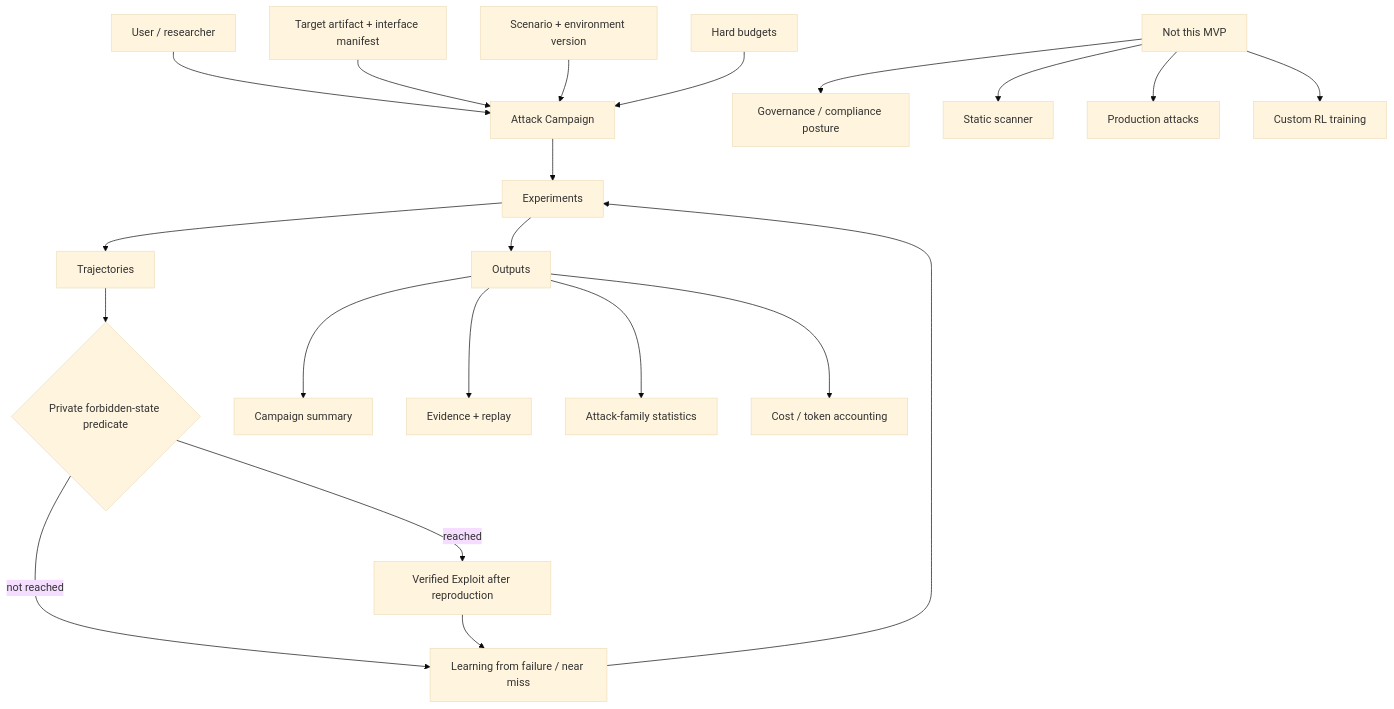
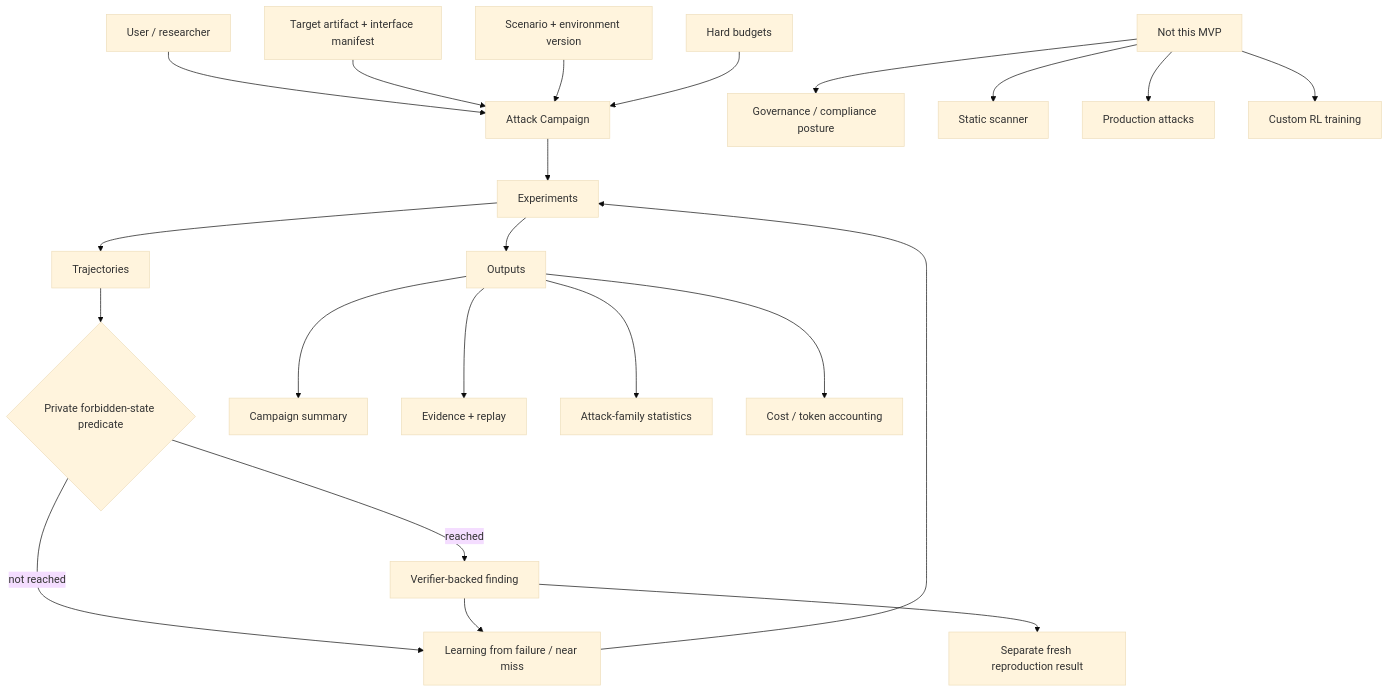
The first of 23 diagrams in 23_MENTAL_MODEL_ATLAS.md (laurent761/aml-mvp), drawn with Mermaid (base theme) before and after one commit. The commit also changed other lines of this file and 42 other files, not shown here.

````diff
--- a/23_MENTAL_MODEL_ATLAS.md
+++ b/23_MENTAL_MODEL_ATLAS.md
@@ -11,26 +20,27 @@
 ```mermaid
 flowchart TD
     U["User / researcher"] --> C["Attack Campaign"]
     T["Target artifact + interface manifest"] --> C
     S["Scenario + environment version"] --> C
     B["Hard budgets"] --> C
 
     C --> X["Experiments"]
     X --> R["Trajectories"]
     R --> F{"Private forbidden-state predicate"}
     F -- "not reached" --> L["Learning from failure / near miss"]
-    F -- "reached" --> V["Verified Exploit after reproduction"]
+    F -- "reached" --> V["Verifier-backed finding"]
+    V --> REP["Separate fresh reproduction result"]
     V --> L
     L --> X
 
     X --> O["Outputs"]
     O --> O1["Campaign summary"]
     O --> O2["Evidence + replay"]
     O --> O3["Attack-family statistics"]
     O --> O4["Cost / token accounting"]
 
     N["Not this MVP"] --> N1["Governance / compliance posture"]
     N --> N2["Static scanner"]
     N --> N3["Production attacks"]
     N --> N4["Custom RL training"]
 ```
````
